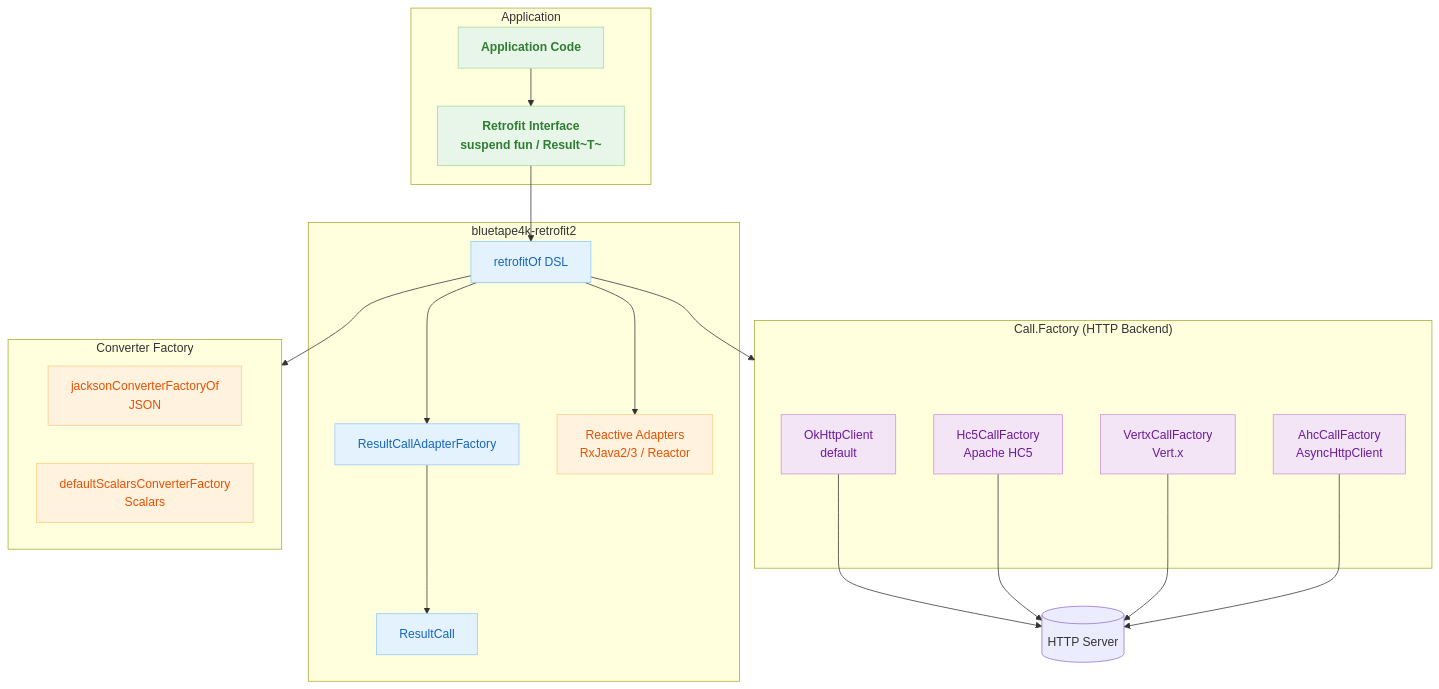
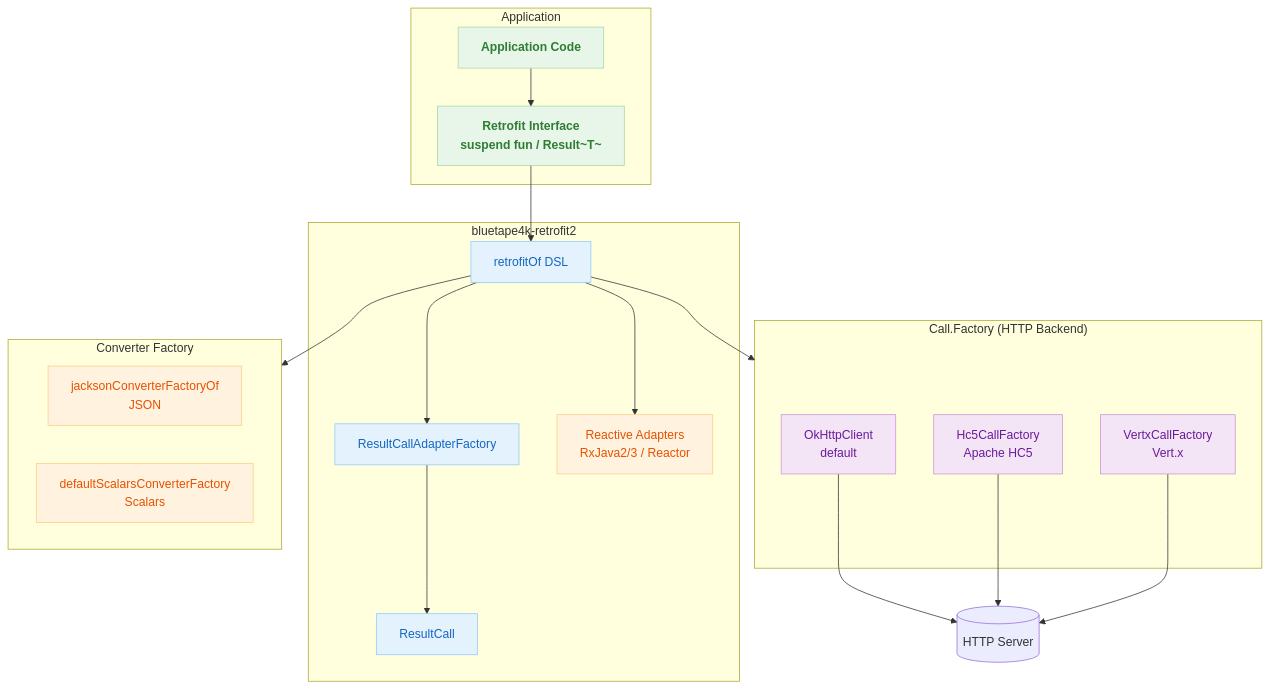
One commit to bluetape4k/bluetape4k-projects changed the first of 3 diagrams in io/retrofit2/README.md. Above: the diagram before and after it, drawn with Mermaid. The commit also changed other lines of this file and 26 other files, not shown here.

First line of the commit message:
refactor: AHC(AsyncHttpClient) 통합 전면 제거 (#109) (#117)

````diff
--- a/io/retrofit2/README.md
+++ b/io/retrofit2/README.md
@@ -16,49 +16,47 @@
 ```mermaid
 flowchart TD
     subgraph Application["Application"]
         APP[Application Code]
         API[Retrofit Interface\nsuspend fun / Result~T~]
     end
 
     subgraph bluetape4k-retrofit2
         RB[retrofitOf DSL]
         RCA[ResultCallAdapterFactory]
         RC[ResultCall]
         RX[Reactive Adapters\nRxJava2/3 / Reactor]
     end
 
     subgraph CallFactory["Call.Factory (HTTP Backend)"]
         OKH[OkHttpClient\ndefault]
         HC5[Hc5CallFactory\nApache HC5]
         VTX[VertxCallFactory\nVert.x]
-        AHC[AhcCallFactory\nAsyncHttpClient]
     end
 
     subgraph Converter["Converter Factory"]
         JCF[jacksonConverterFactoryOf\nJSON]
         SCF[defaultScalarsConverterFactory\nScalars]
     end
 
     APP --> API
     API --> RB
     RB --> RCA
     RCA --> RC
     RB --> CallFactory
     RB --> Converter
     RB --> RX
     OKH --> SERVER[(HTTP Server)]
     HC5 --> SERVER
     VTX --> SERVER
-    AHC --> SERVER
 
     classDef coreStyle fill:#E8F5E9,stroke:#A5D6A7,color:#2E7D32,font-weight:bold
     classDef serviceStyle fill:#E3F2FD,stroke:#90CAF9,color:#1565C0
     classDef utilStyle fill:#FFF3E0,stroke:#FFCC80,color:#E65100
     classDef asyncStyle fill:#F3E5F5,stroke:#CE93D8,color:#6A1B9A
 
     class APP,API coreStyle
     class RB,RCA,RC serviceStyle
-    class OKH,HC5,VTX,AHC asyncStyle
+    class OKH,HC5,VTX asyncStyle
     class JCF,SCF utilStyle
     class RX utilStyle
 ```
````
